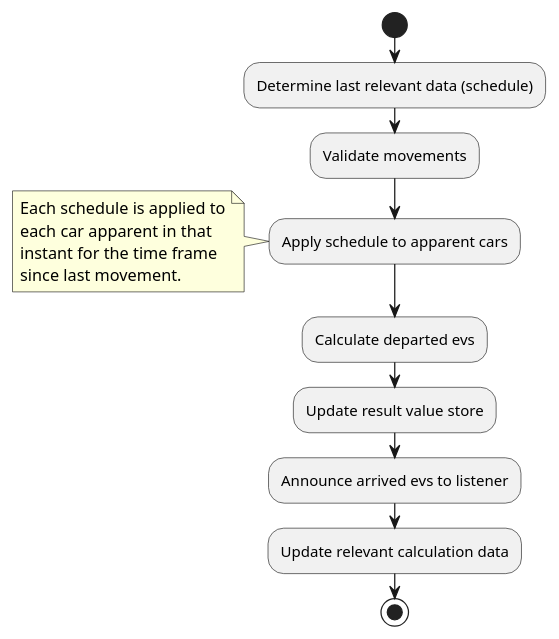
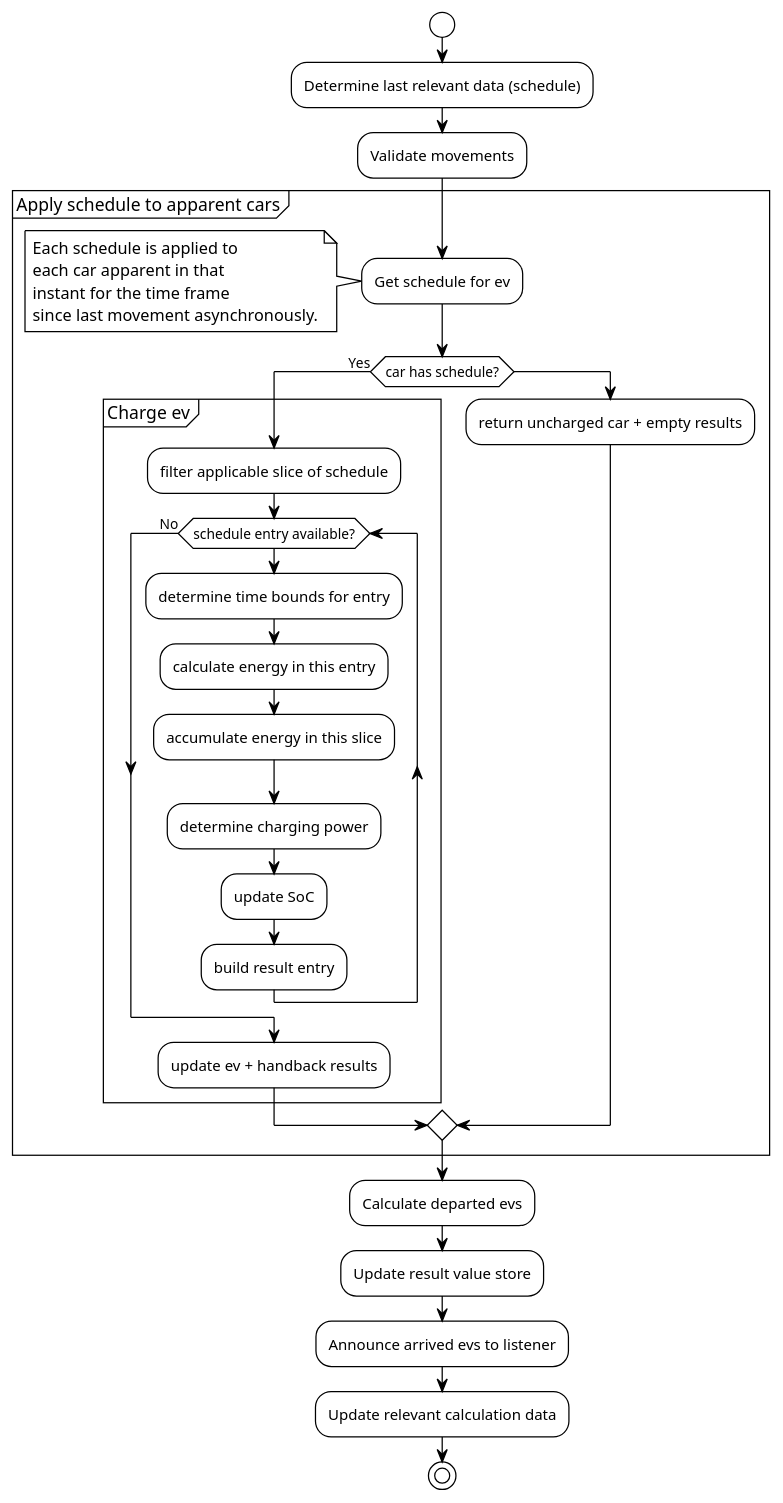
The diagram in docs/uml/main/participants/evcs/HandleMovements.puml (ie3-institute/simona), drawn with PlantUML before and after one commit.

Commit message:
Enhance documentation on schedule application

```diff
--- a/docs/uml/main/participants/evcs/HandleMovements.puml
+++ b/docs/uml/main/participants/evcs/HandleMovements.puml
@@ -1,15 +1,34 @@
 @startuml
+!theme plain
 
 start
 :Determine last relevant data (schedule);
 :Validate movements;
-:Apply schedule to apparent cars;
-note left: Each schedule is applied to\neach car apparent in that\ninstant for the time frame\nsince last movement.
+partition "Apply schedule to apparent cars" {
+    :Get schedule for ev;
+    note left: Each schedule is applied to\neach car apparent in that\ninstant for the time frame\nsince last movement asynchronously.
+    if (car has schedule?) then (Yes)
+        partition "Charge ev" {
+            :filter applicable slice of schedule;
+            while (schedule entry available?)
+                :determine time bounds for entry;
+                :calculate energy in this entry;
+                :accumulate energy in this slice;
+                :determine charging power;
+                :update SoC;
+                :build result entry;
+            endwhile (No)
+            :update ev + handback results;
+        }
+    else
+        :return uncharged car + empty results;
+    endif
+}
 :Calculate departed evs;
 :Update result value store;
 :Announce arrived evs to listener;
 :Update relevant calculation data;
 
 stop
 
 @enduml
```
